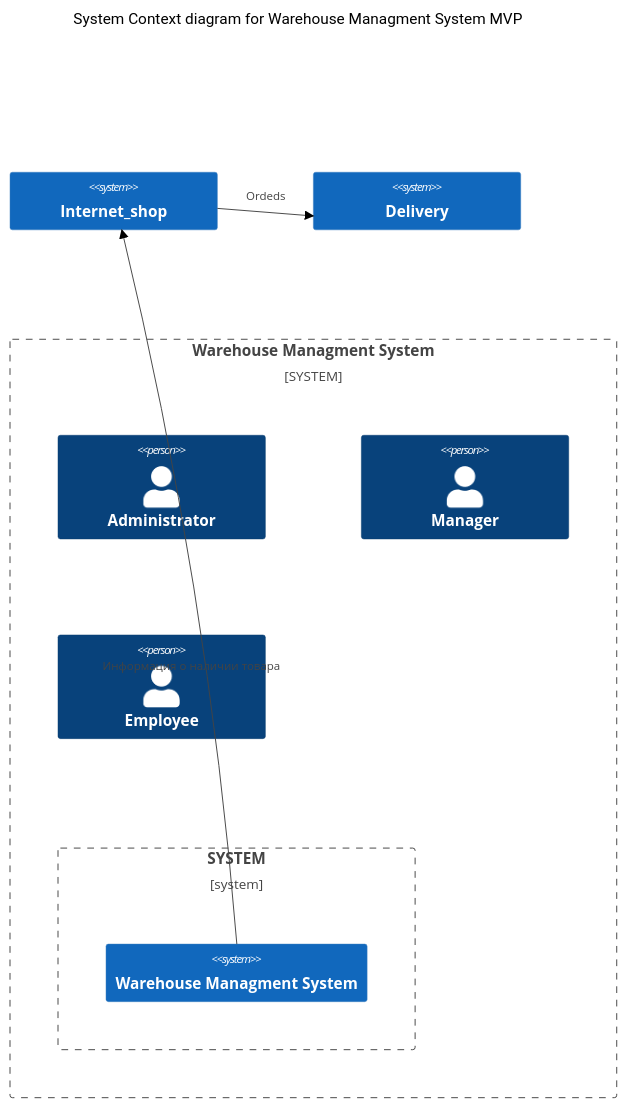
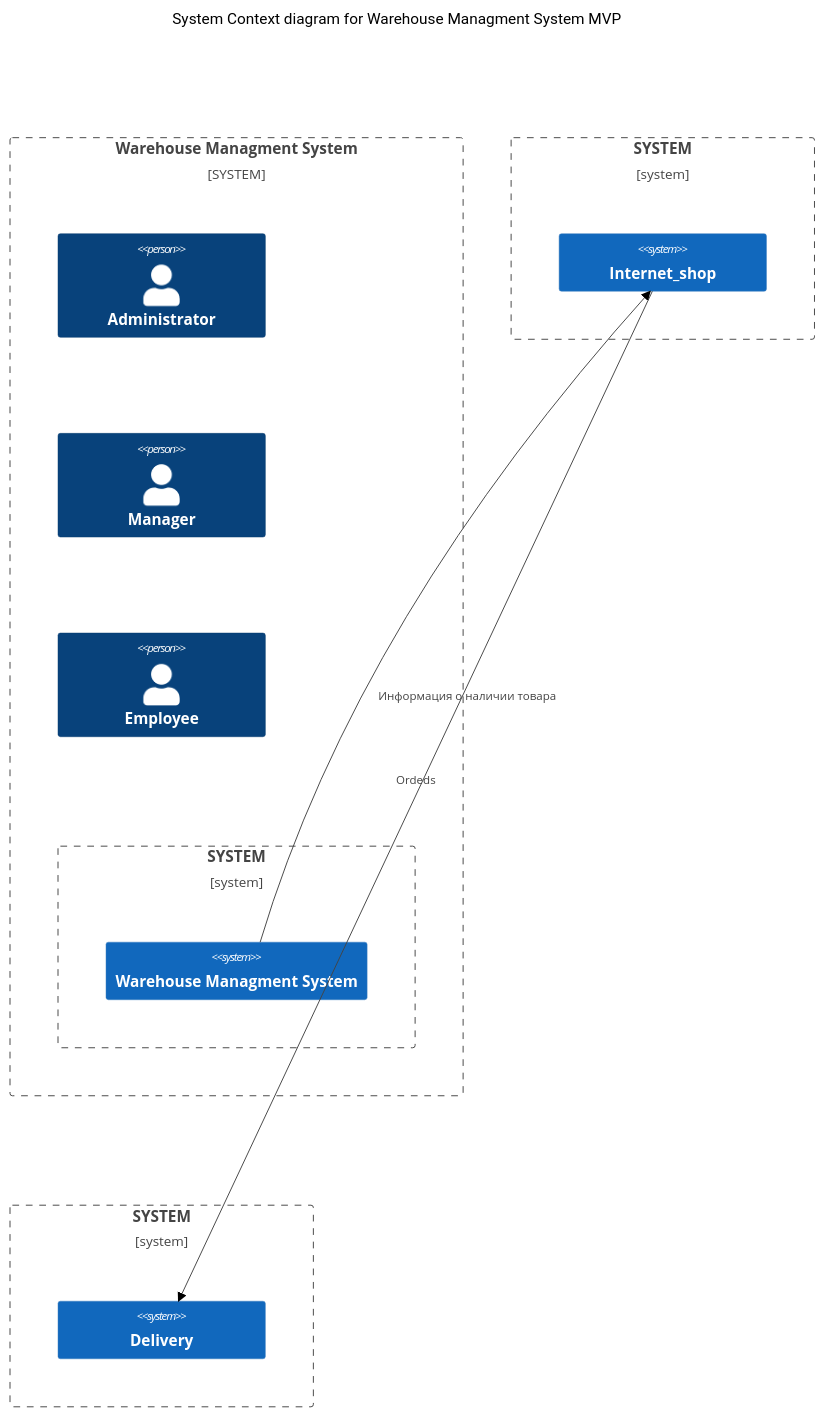
One commit to PortnovAlex80/node_js_pro changed the diagram in README.md. Above: the diagram before and after it, drawn with Mermaid (forest theme).

````diff
--- a/README.md
+++ b/README.md
@@ -1,27 +1,36 @@
 ```mermaid
 C4Context
 title System Context diagram for Warehouse Managment System MVP
 
 System_Boundary(Users, "Warehouse Managment System") {
 System_Boundary("Warehouse Managment System") {
 
 System(wms, "Warehouse Managment System")
 
 }
 Person(admin, "Administrator")
 Person(mgr, "Manager")
 Person(employee, "Employee")
 }
 
+System_Boundary("Internet_shop") {
 
 System(i_shop, "Internet_shop")
+
+}
+System_Boundary("Deliverym") {
+
 System(delivery, "Delivery")
+
+}
+
+
 
 
 Rel(i_shop, delivery , "Ordeds")
 Rel(wms, i_shop , "Информация о наличии товара")
 
 UpdateRelStyle(i_shop, delivery, $offsetX="-20", $offsetY="-20")
 UpdateRelStyle(delivery, wms, $textColor="red", $lineColor="red", $offsetX="-50", $offsetY="-20")
 UpdateRelStyle(wms, i_shop,  $offsetX="-80", $offsetY="80") 
 ```
````
